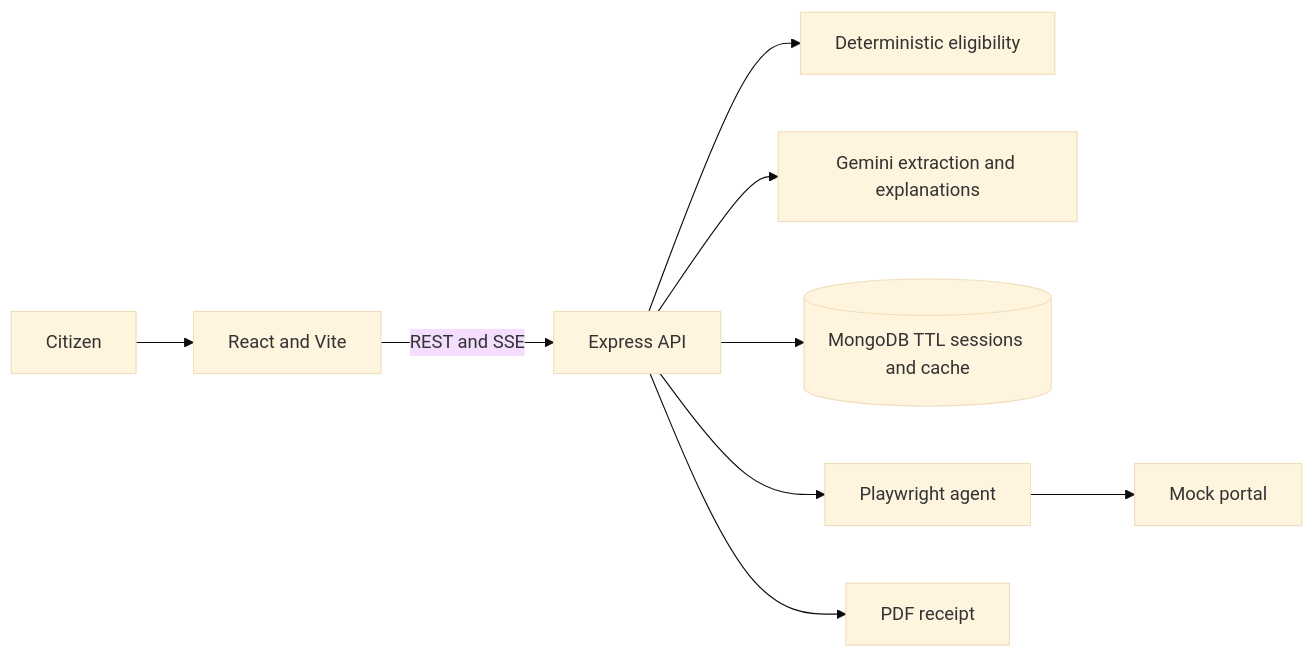
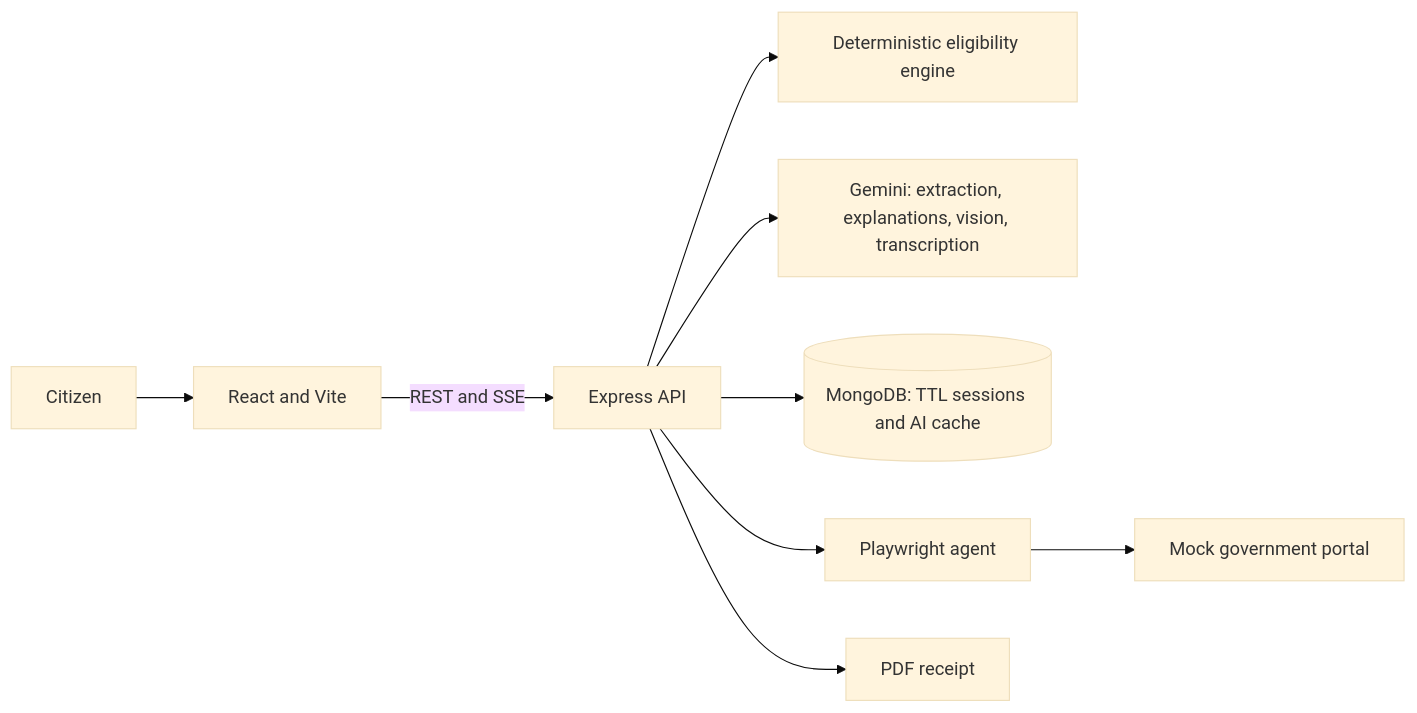
Before and after one commit to chirag11365/Saathi-voice-first-AI-agent-for-government-schemes: the first of 2 diagrams in README.md, drawn with Mermaid (base theme). The commit also changed other lines of this file, not shown here.

````diff
--- a/README.md
+++ b/README.md
@@ -19,11 +52,11 @@
 ```mermaid
 flowchart LR
   Citizen --> React[React and Vite]
   React -->|REST and SSE| API[Express API]
-  API --> Rules[Deterministic eligibility]
-  API --> Gemini[Gemini extraction and explanations]
-  API --> Mongo[(MongoDB TTL sessions and cache)]
+  API --> Rules[Deterministic eligibility engine]
+  API --> Gemini[Gemini: extraction, explanations, vision, transcription]
+  API --> Mongo[(MongoDB: TTL sessions and AI cache)]
   API --> Agent[Playwright agent]
-  Agent --> Portal[Mock portal]
+  Agent --> Portal[Mock government portal]
   API --> Receipt[PDF receipt]
 ```
````
